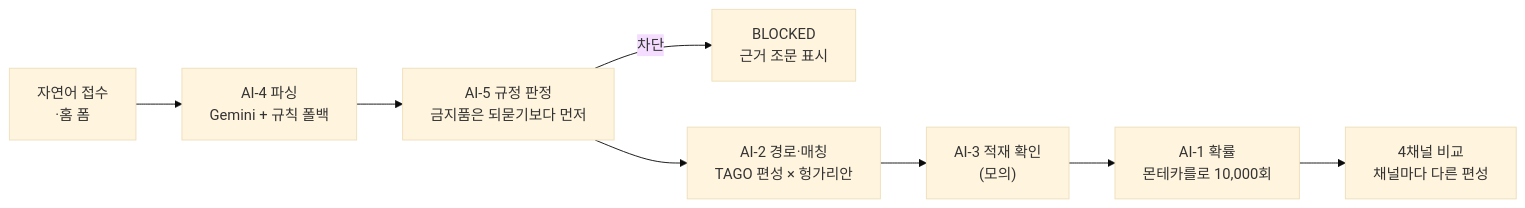
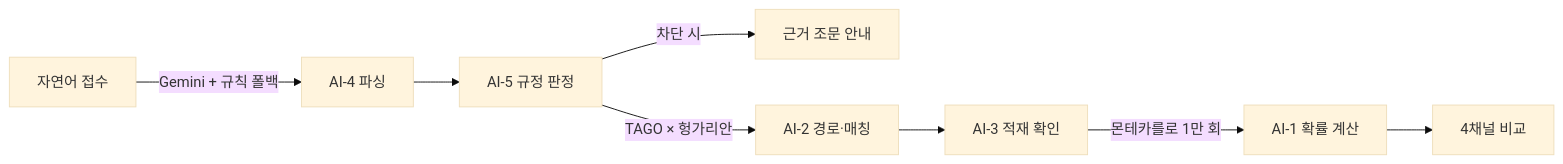
Before and after one commit to Patrick-SCH03/MOVE-AI-CHALLENGE-2026: the first of 3 diagrams in README.md, drawn with Mermaid (base theme). The commit also changed other lines of this file, not shown here.

First line of the commit message:
fix(docs): 다이어그램 노드 라벨 줄바꿈 정리 — 한 줄 라벨로

````diff
--- a/README.md
+++ b/README.md
@@ -95,10 +95,10 @@
 ```mermaid
 flowchart LR
-    U["자연어 접수<br/>·홈 폼"] --> P["AI-4 파싱<br/>Gemini + 규칙 폴백"]
-    P --> S["AI-5 규정 판정<br/>금지품은 되묻기보다 먼저"]
-    S -->|차단| B["BLOCKED<br/>근거 조문 표시"]
-    S --> R["AI-2 경로·매칭<br/>TAGO 편성 × 헝가리안"]
-    R --> C["AI-3 적재 확인<br/>(모의)"]
-    C --> M["AI-1 확률<br/>몬테카를로 10,000회"]
-    M --> CH["4채널 비교<br/>채널마다 다른 편성"]
+    U["자연어 접수"] -->|"Gemini + 규칙 폴백"| P["AI-4 파싱"]
+    P --> S["AI-5 규정 판정"]
+    S -->|"차단 시"| B["근거 조문 안내"]
+    S -->|"TAGO × 헝가리안"| R["AI-2 경로·매칭"]
+    R --> C["AI-3 적재 확인"]
+    C -->|"몬테카를로 1만 회"| M["AI-1 확률 계산"]
+    M --> CH["4채널 비교"]
 ```
````
